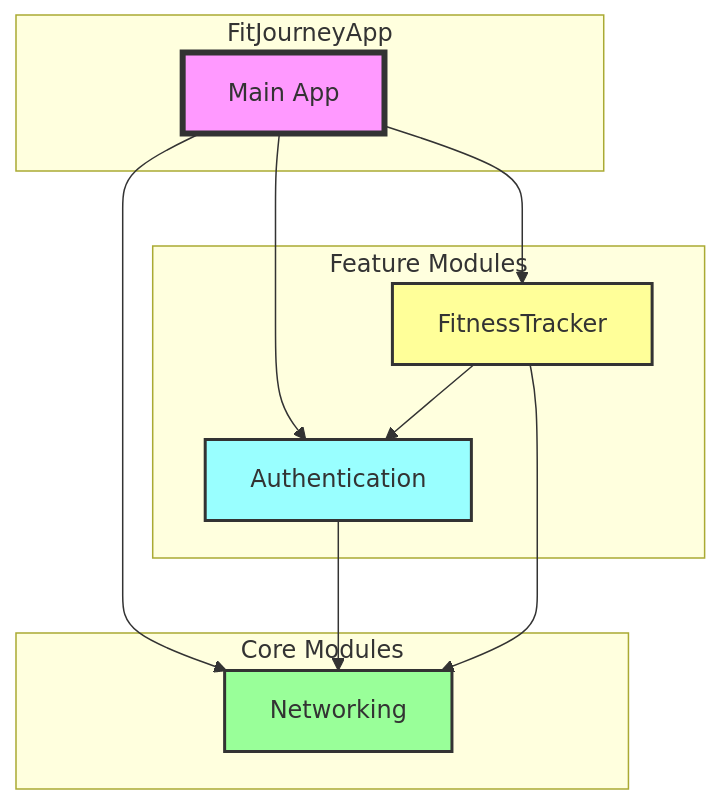
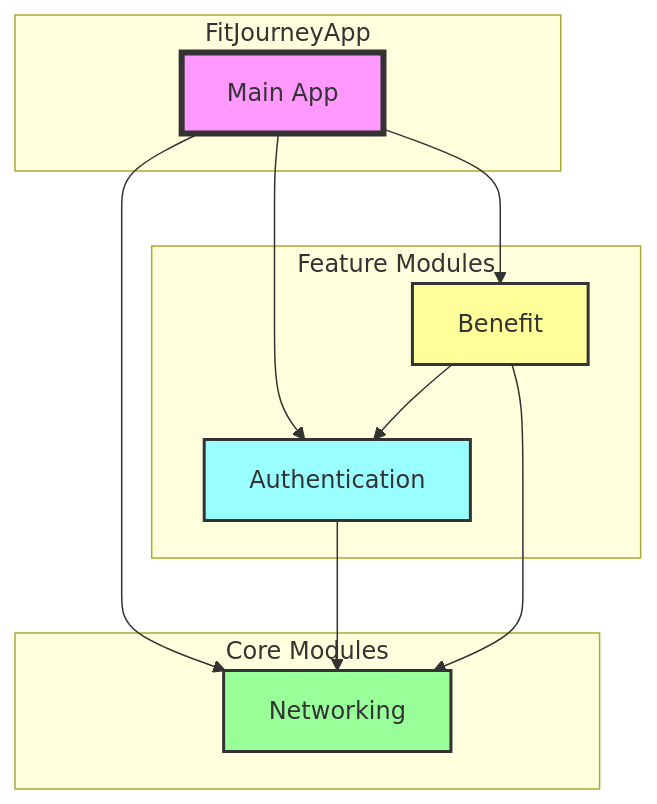
Before and after one commit to ungerc/FitJourneyApp: the third of 4 diagrams in DependencyGraph.md, drawn with Mermaid. The commit also changed other lines of this file and 10 other files, not shown here.

````diff
--- a/DependencyGraph.md
+++ b/DependencyGraph.md
@@ -184,28 +184,28 @@
 ```mermaid
 graph TD
     subgraph "FitJourneyApp"
         MainApp[Main App]
     end
     
     subgraph "Feature Modules"
         Auth[Authentication]
-        Fitness[FitnessTracker]
+        Fitness[Benefit]
     end
     
     subgraph "Core Modules"
         Network[Networking]
     end
     
     MainApp --> Auth
     MainApp --> Fitness
     MainApp --> Network
     
     Auth --> Network
     Fitness --> Network
     Fitness --> Auth
     
     style MainApp fill:#f9f,stroke:#333,stroke-width:4px
     style Auth fill:#9ff,stroke:#333,stroke-width:2px
     style Fitness fill:#ff9,stroke:#333,stroke-width:2px
     style Network fill:#9f9,stroke:#333,stroke-width:2px
 ```
````
